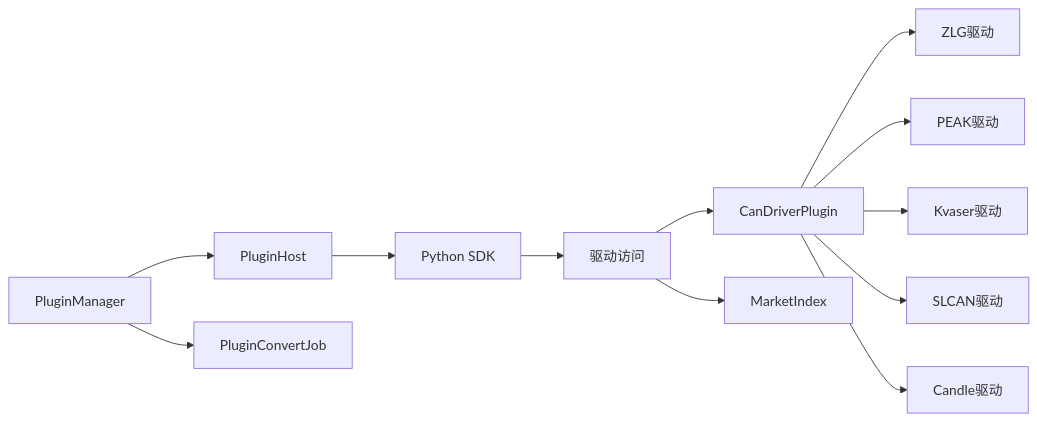
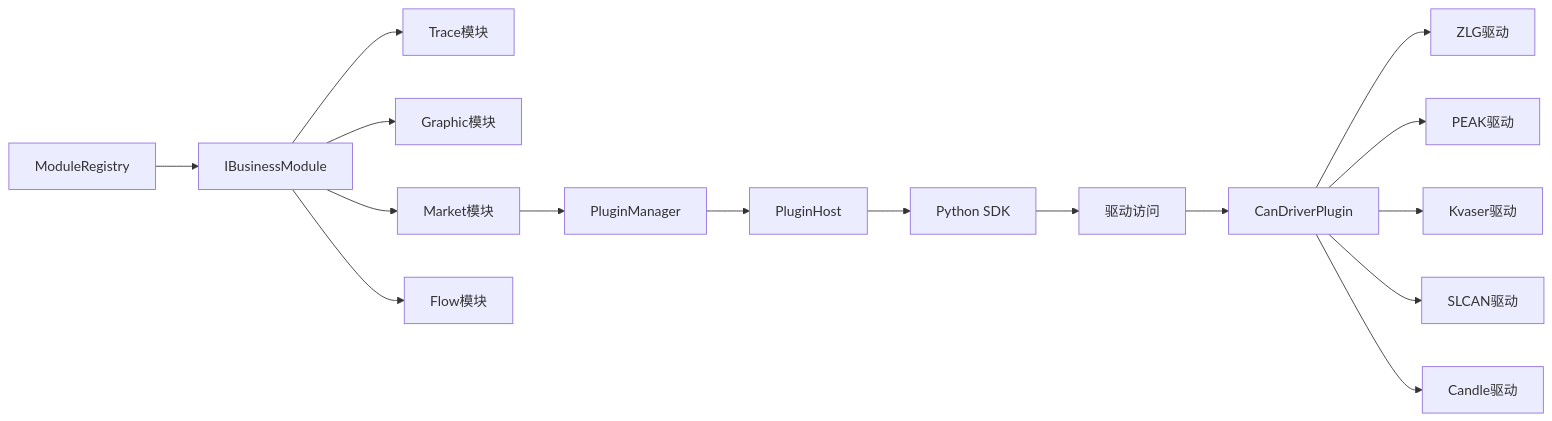
One commit to jakecai1225-design/OpenBus changed the third of 3 diagrams in .qoder/repowiki/zh/content/架构设计/插件系统架构/插件系统架构.md. Above: the diagram before and after it, drawn with Mermaid. The commit also changed other lines of this file and 177 other files, not shown here.

````diff
--- a/.qoder/repowiki/zh/content/架构设计/插件系统架构/插件系统架构.md
+++ b/.qoder/repowiki/zh/content/架构设计/插件系统架构/插件系统架构.md
@@ -256,14 +278,18 @@
 ```mermaid
 graph LR
-PM["PluginManager"] --> PH["PluginHost"]
-PM --> PCJ["PluginConvertJob"]
+MR["ModuleRegistry"] --> IM["IBusinessModule"]
+IM --> TM["Trace模块"]
+IM --> GM["Graphic模块"]
+IM --> MM["Market模块"]
+IM --> FM["Flow模块"]
+MM --> PM["PluginManager"]
+PM --> PH["PluginHost"]
+PH --> SDK["Python SDK"]
 DR["DriverRegistry"] --> CDP["CanDriverPlugin"]
-DR --> MI["MarketIndex"]
 CDP --> ZLG["ZLG驱动"]
 CDP --> PEAK["PEAK驱动"]
 CDP --> KVASER["Kvaser驱动"]
 CDP --> SLCAN["SLCAN驱动"]
 CDP --> CANDLE["Candle驱动"]
-PH --> SDK["Python SDK"]
 SDK --> DR["驱动访问"]
 ```
````
